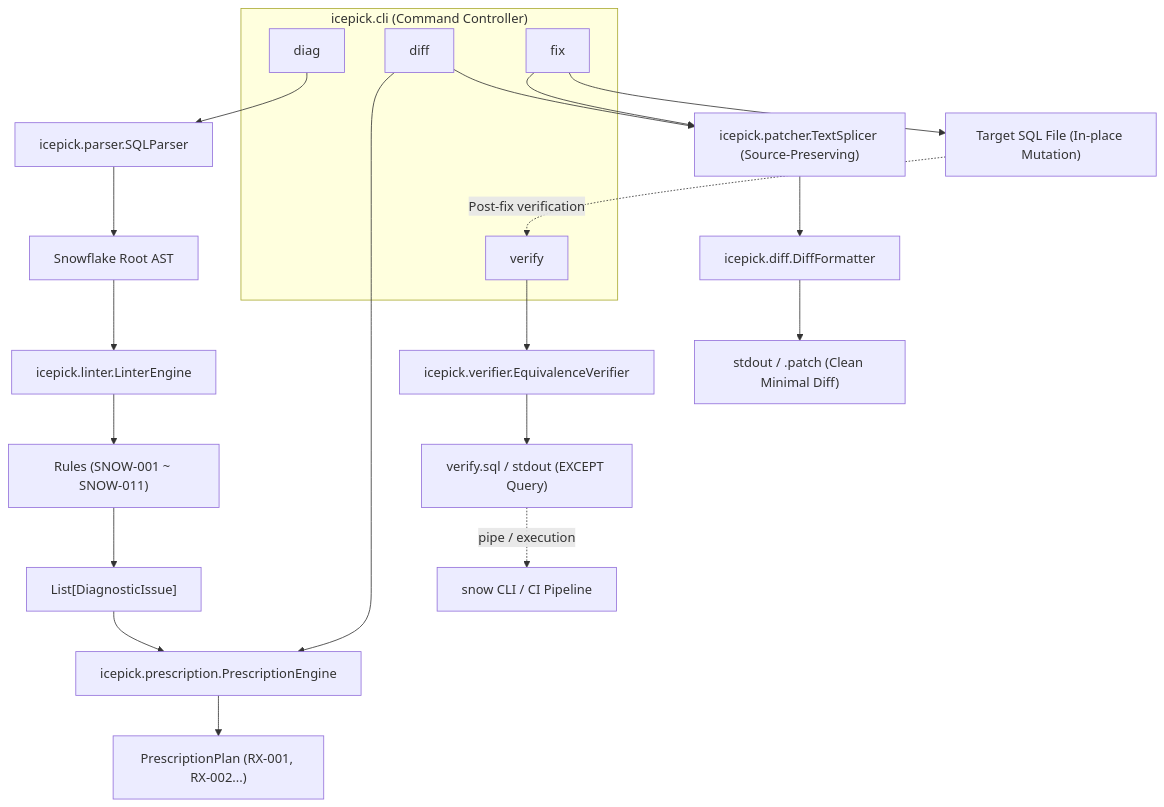
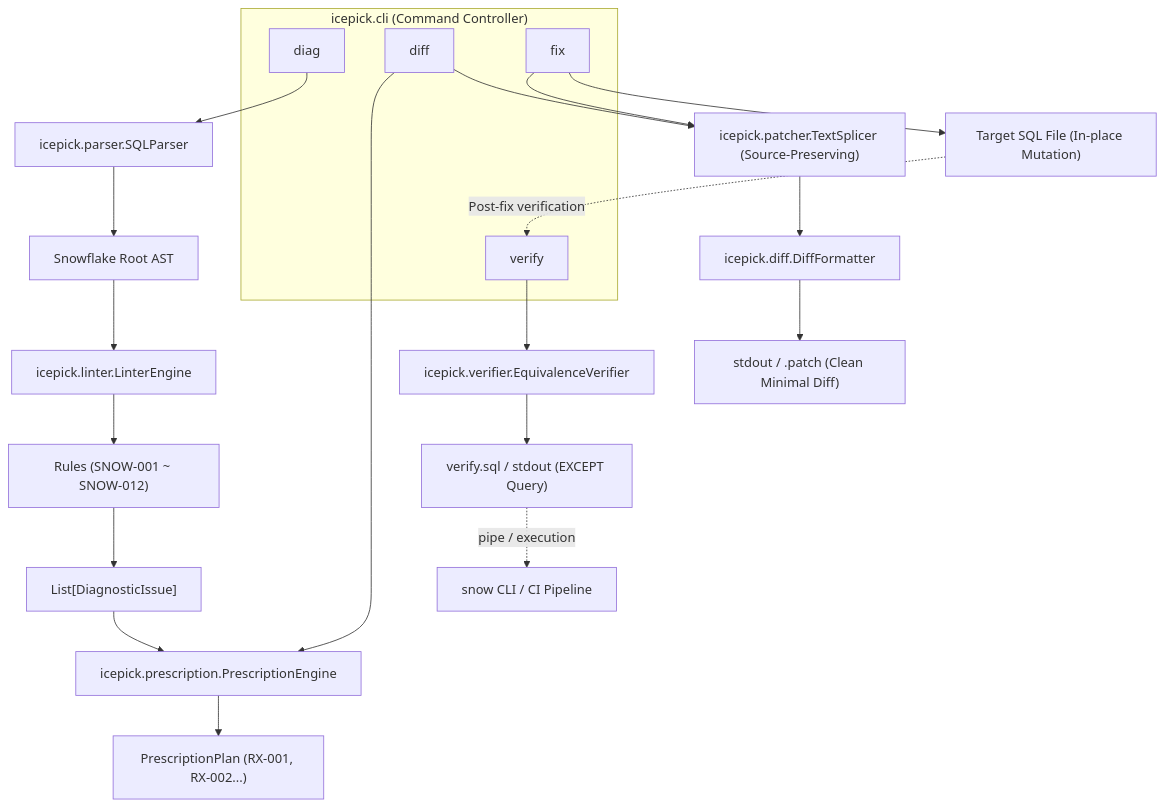
Before and after one commit to snaga/icepick: the first of 3 diagrams in doc/design.md, drawn with Mermaid. The commit also changed other lines of this file and 5 other files, not shown here.

````diff
--- a/doc/design.md
+++ b/doc/design.md
@@ -68,30 +68,30 @@
 ```mermaid
 flowchart TD
     subgraph CLI ["icepick.cli (Command Controller)"]
         CmdDiag["diag"]
         CmdDiff["diff"]
         CmdFix["fix"]
         CmdVerify["verify"]
     end
 
     CmdDiag --> Parser["icepick.parser.SQLParser"]
     Parser --> AST["Snowflake Root AST"]
     AST --> Linter["icepick.linter.LinterEngine"]
-    Linter --> Rules["Rules (SNOW-001 ~ SNOW-011)"]
+    Linter --> Rules["Rules (SNOW-001 ~ SNOW-012)"]
     Rules --> Issues["List[DiagnosticIssue]"]
     Issues --> RxEngine["icepick.prescription.PrescriptionEngine"]
     RxEngine --> Plan["PrescriptionPlan (RX-001, RX-002...)"]
 
     CmdDiff --> RxEngine
     CmdDiff --> Splicer["icepick.patcher.TextSplicer (Source-Preserving)"]
     Splicer --> Diff["icepick.diff.DiffFormatter"]
     Diff --> Stdout["stdout / .patch (Clean Minimal Diff)"]
 
     CmdFix --> Splicer
     CmdFix --> TargetFile["Target SQL File (In-place Mutation)"]
 
     CmdVerify --> Verifier["icepick.verifier.EquivalenceVerifier"]
     TargetFile -.->|Post-fix verification| CmdVerify
     Verifier --> VerifySQL["verify.sql / stdout (EXCEPT Query)"]
     VerifySQL -.->|pipe / execution| SnowCLI["snow CLI / CI Pipeline"]
 ```
````
